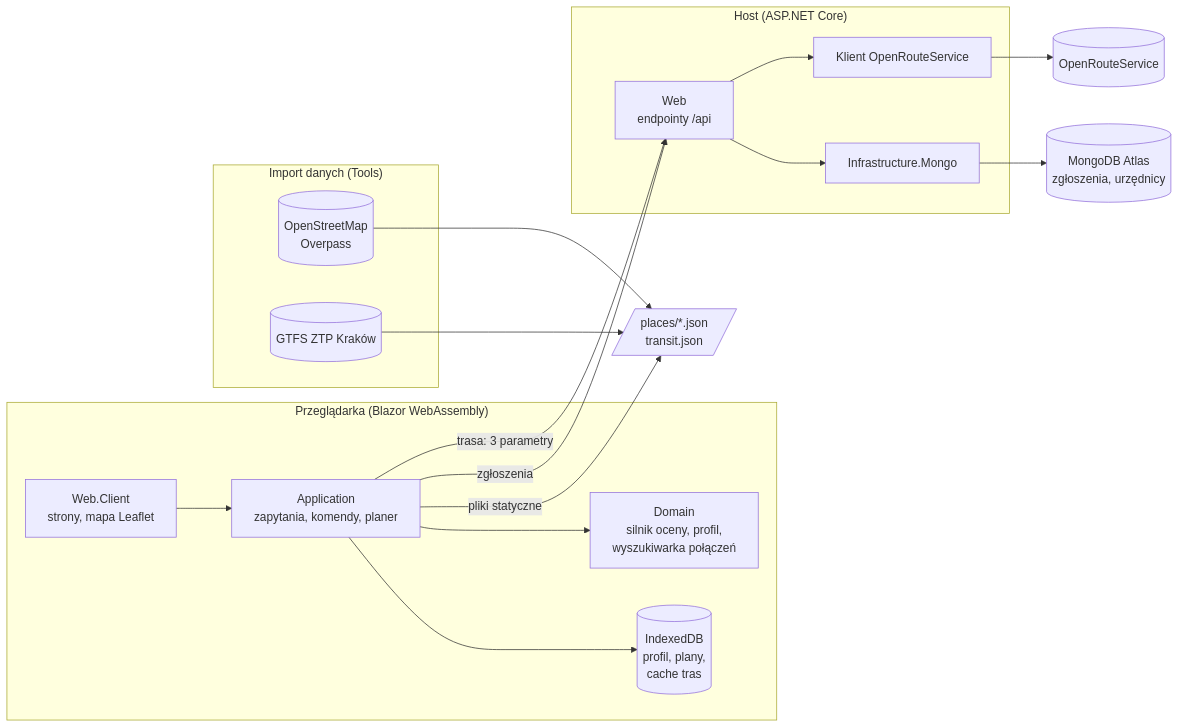
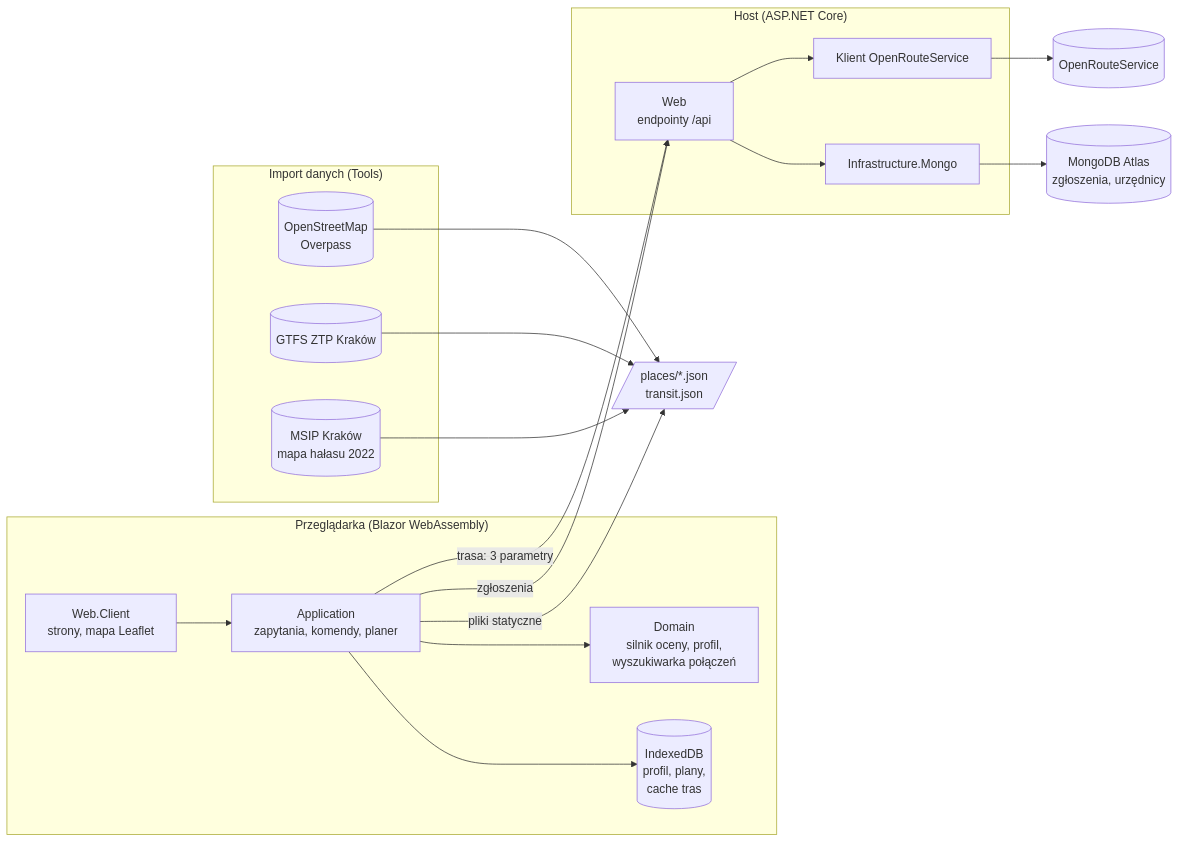
The diagram in README.md (Hackyeah2026/CRACOW_WITHOUT_BARRIERS), drawn with Mermaid before and after one commit. The commit also changed other lines of this file, not shown here.

Commit message:
README: mapa hałasu MSIP w źródłach danych, odświeżanie i ograniczeniach

````diff
--- a/README.md
+++ b/README.md
@@ -73,34 +73,36 @@
 ```mermaid
 flowchart LR
     subgraph Przeglądarka["Przeglądarka (Blazor WebAssembly)"]
         UI[Web.Client<br/>strony, mapa Leaflet]
         APP[Application<br/>zapytania, komendy, planer]
         DOM[Domain<br/>silnik oceny, profil,<br/>wyszukiwarka połączeń]
         IDB[(IndexedDB<br/>profil, plany,<br/>cache tras)]
         UI --> APP --> DOM
         APP --> IDB
     end
 
     subgraph Host["Host (ASP.NET Core)"]
         API[Web<br/>endpointy /api]
         MONGO[Infrastructure.Mongo]
         ORSC[Klient OpenRouteService]
     end
 
     STATIC[/places/*.json<br/>transit.json/]
     ORS[(OpenRouteService)]
     DB[(MongoDB Atlas<br/>zgłoszenia, urzędnicy)]
 
     APP -- pliki statyczne --> STATIC
     APP -- "trasa: 3 parametry" --> API
     APP -- zgłoszenia --> API
     API --> ORSC --> ORS
     API --> MONGO --> DB
 
     subgraph Offline["Import danych (Tools)"]
         OSM[(OpenStreetMap<br/>Overpass)]
         GTFS[(GTFS ZTP Kraków)]
+        MSIP[(MSIP Kraków<br/>mapa hałasu 2022)]
     end
     OSM --> STATIC
     GTFS --> STATIC
+    MSIP --> STATIC
 ```
````
